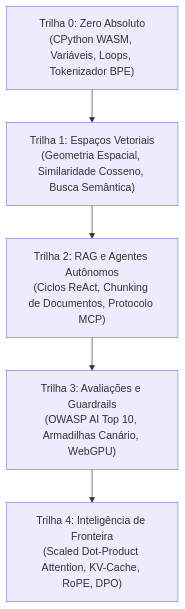
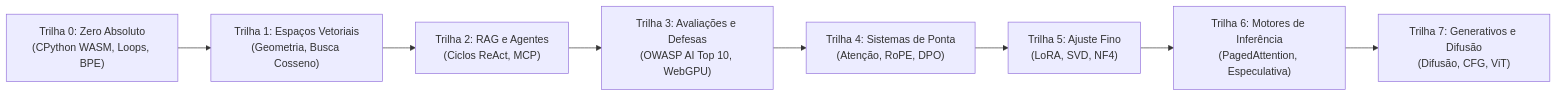
Before and after one commit to Adilrafiq001/OpenGuideForAI: the diagram in docs/translations/README_pt.md, drawn with Mermaid. The commit also changed other lines of this file and 45 other files, not shown here.

````diff
--- a/docs/translations/README_pt.md
+++ b/docs/translations/README_pt.md
@@ -98,10 +98,13 @@
 ```mermaid
-graph TD
-    T0["Trilha 0: Zero Absoluto<br/>(CPython WASM, Variáveis, Loops, Tokenizador BPE)"]
-    T1["Trilha 1: Espaços Vetoriais<br/>(Geometria Espacial, Similaridade Cosseno, Busca Semântica)"]
-    T2["Trilha 2: RAG e Agentes Autônomos<br/>(Ciclos ReAct, Chunking de Documentos, Protocolo MCP)"]
-    T3["Trilha 3: Avaliações e Guardrails<br/>(OWASP AI Top 10, Armadilhas Canário, WebGPU)"]
-    T4["Trilha 4: Inteligência de Fronteira<br/>(Scaled Dot-Product Attention, KV-Cache, RoPE, DPO)"]
+graph LR
+    T0["Trilha 0: Zero Absoluto<br/>(CPython WASM, Loops, BPE)"]
+    T1["Trilha 1: Espaços Vetoriais<br/>(Geometria, Busca Cosseno)"]
+    T2["Trilha 2: RAG e Agentes<br/>(Ciclos ReAct, MCP)"]
+    T3["Trilha 3: Avaliações e Defesas<br/>(OWASP AI Top 10, WebGPU)"]
+    T4["Trilha 4: Sistemas de Ponta<br/>(Atenção, RoPE, DPO)"]
+    T5["Trilha 5: Ajuste Fino<br/>(LoRA, SVD, NF4)"]
+    T6["Trilha 6: Motores de Inferência<br/>(PagedAttention, Especulativa)"]
+    T7["Trilha 7: Generativos e Difusão<br/>(Difusão, CFG, ViT)"]
 
-    T0 --> T1 --> T2 --> T3 --> T4
+    T0 --> T1 --> T2 --> T3 --> T4 --> T5 --> T6 --> T7
 ```
````
